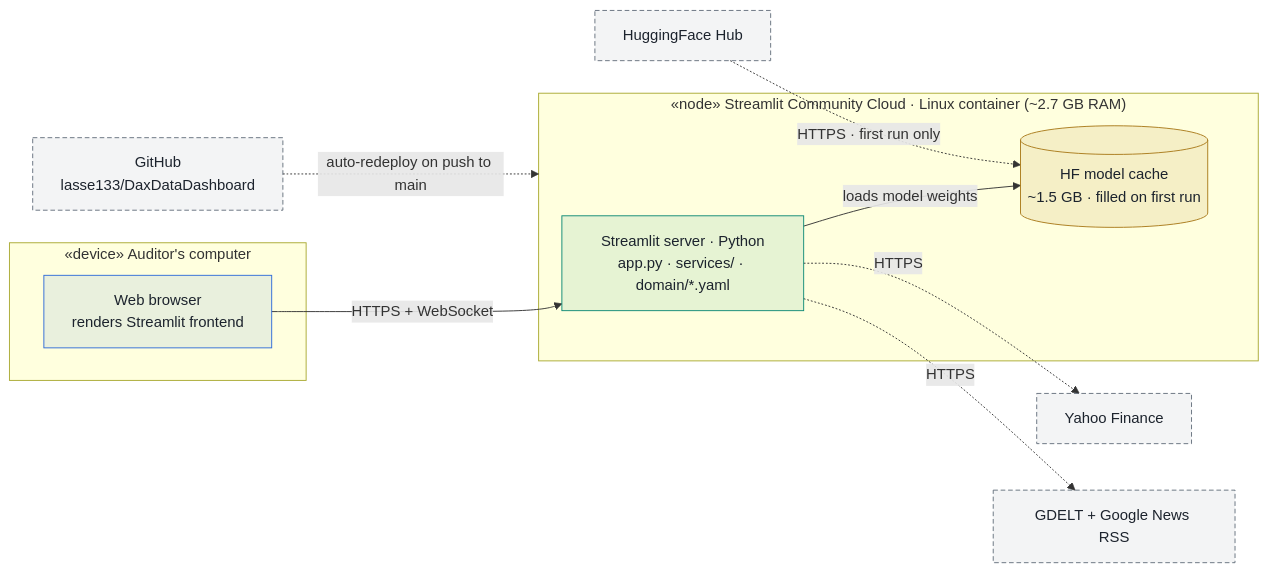
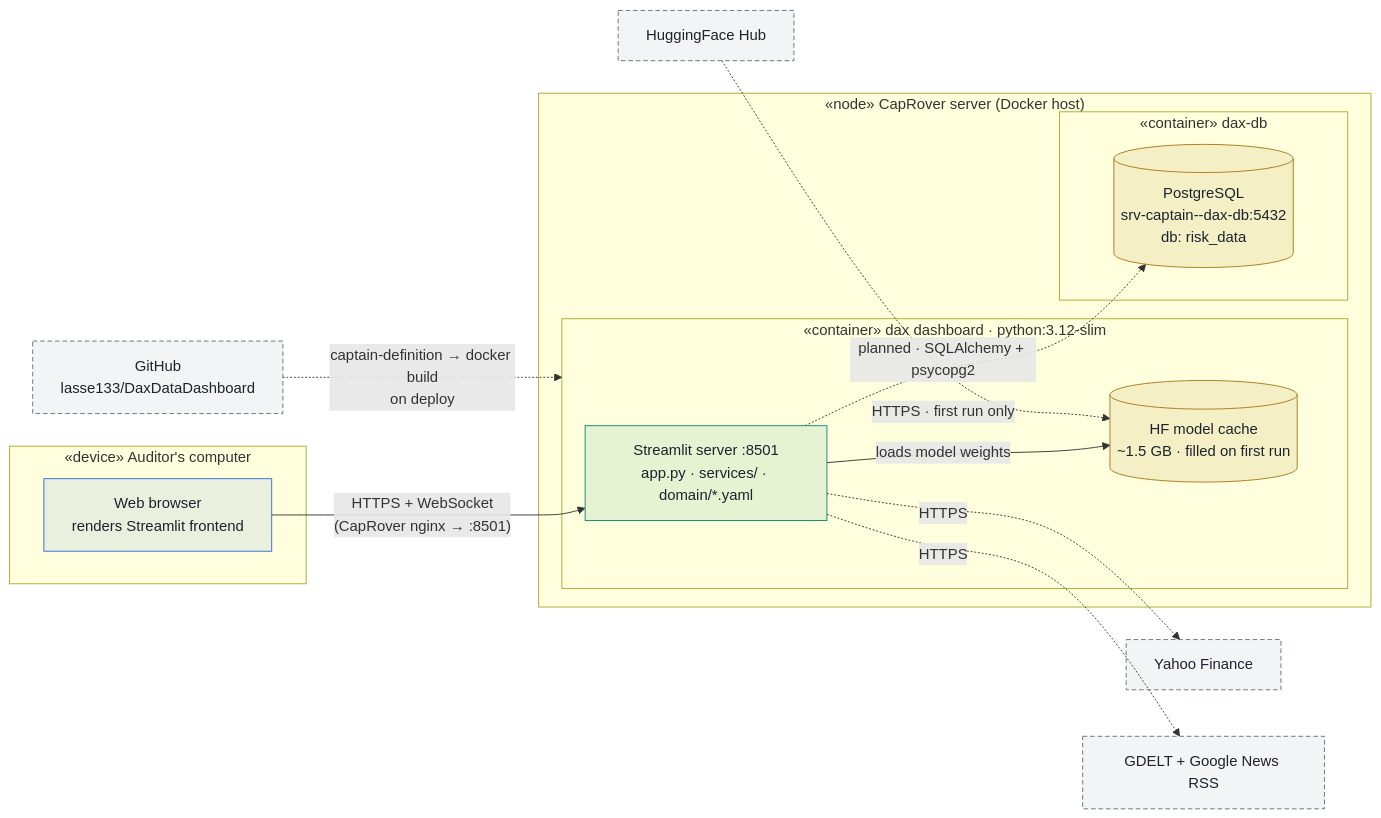
The diagram in doc/deployment-diagram.md (lasse133/DaxDataDashboard), drawn with Mermaid before and after one commit. The commit also changed other lines of this file and 4 other files, not shown here.

Commit message:
update doc/diagram

````diff
--- a/doc/deployment-diagram.md
+++ b/doc/deployment-diagram.md
@@ -21,33 +22,39 @@
 ```mermaid
 flowchart LR
     subgraph CLIENT["«device» Auditor's computer"]
         BROWSER["Web browser<br/>renders Streamlit frontend"]
     end
 
-    subgraph CLOUD["«node» Streamlit Community Cloud · Linux container (~2.7 GB RAM)"]
-        APP["Streamlit server · Python<br/>app.py · services/ · domain/*.yaml"]
-        CACHE[("HF model cache<br/>~1.5 GB · filled on first run")]
+    subgraph CAPROVER["«node» CapRover server (Docker host)"]
+        subgraph APPC["«container» dax dashboard · python:3.12-slim"]
+            APP["Streamlit server :8501<br/>app.py · services/ · domain/*.yaml"]
+            CACHE[("HF model cache<br/>~1.5 GB · filled on first run")]
+        end
+        subgraph DBC["«container» dax-db"]
+            PG[("PostgreSQL<br/>srv-captain--dax-db:5432<br/>db: risk_data")]
+        end
     end
 
     GITHUB["GitHub<br/>lasse133/DaxDataDashboard"]
     YAHOO["Yahoo Finance"]
     NEWSAPI["GDELT + Google News RSS"]
     HF["HuggingFace Hub"]
 
-    BROWSER -->|"HTTPS + WebSocket"| APP
-    GITHUB -.->|"auto-redeploy on push to main"| CLOUD
+    BROWSER -->|"HTTPS + WebSocket<br/>(CapRover nginx → :8501)"| APP
+    GITHUB -.->|"captain-definition → docker build<br/>on deploy"| APPC
     APP -->|"loads model weights"| CACHE
+    APP -.->|"planned · SQLAlchemy + psycopg2"| PG
     APP -.->|"HTTPS"| YAHOO
     APP -.->|"HTTPS"| NEWSAPI
     HF -.->|"HTTPS · first run only"| CACHE
 
     classDef artifact fill:#0e8a761a,stroke:#0e8a76,color:#1c232d
     classDef store fill:#a97a1a1f,stroke:#a97a1a,color:#1c232d
     classDef ext fill:#66707d14,stroke:#66707d,stroke-dasharray:5 3,color:#1c232d
     classDef client fill:#2f6bd81a,stroke:#2f6bd8,color:#1c232d
 
     class APP artifact
-    class CACHE store
+    class CACHE,PG store
     class GITHUB,YAHOO,NEWSAPI,HF ext
     class BROWSER client
 ```
````
